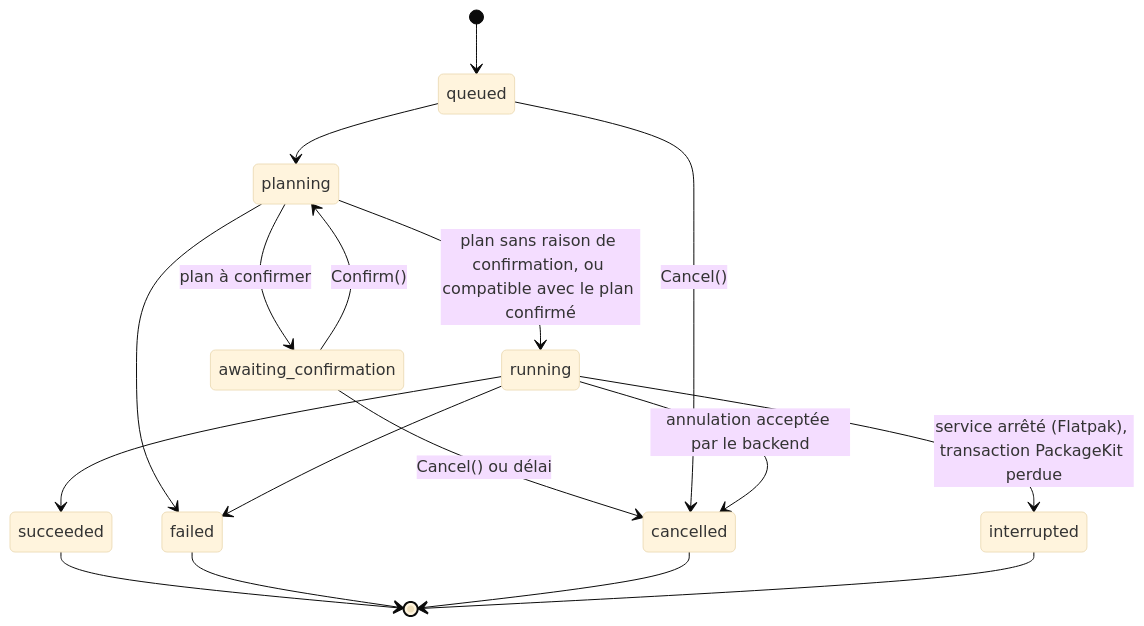
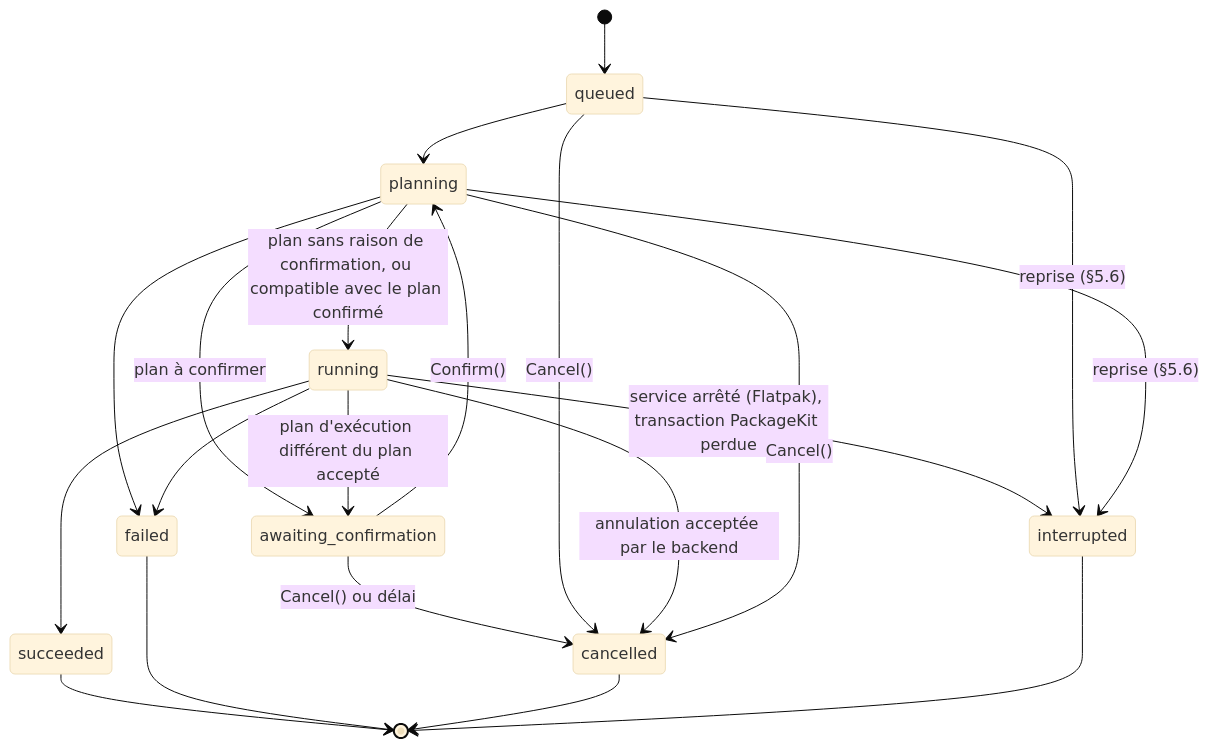
One commit to SachaGrdc/cutefish-store changed the second of 3 diagrams in docs/SERVICE.md. Above: the diagram before and after it, drawn with Mermaid (base theme). The commit also changed other lines of this file and 21 other files, not shown here.

````diff
--- a/docs/SERVICE.md
+++ b/docs/SERVICE.md
@@ -450,19 +450,23 @@
 ```mermaid
 stateDiagram-v2
     [*] --> queued
     queued --> planning
     planning --> awaiting_confirmation: plan à confirmer
     planning --> running: plan sans raison de confirmation, ou compatible avec le plan confirmé
     awaiting_confirmation --> planning: Confirm()
     awaiting_confirmation --> cancelled: Cancel() ou délai
     planning --> failed
     queued --> cancelled: Cancel()
     running --> succeeded
     running --> failed
     running --> cancelled: annulation acceptée par le backend
     running --> interrupted: service arrêté (Flatpak), transaction PackageKit perdue
+    running --> awaiting_confirmation: plan d'exécution différent du plan accepté
+    planning --> cancelled: Cancel()
+    queued --> interrupted: reprise (§5.6)
+    planning --> interrupted: reprise (§5.6)
     succeeded --> [*]
     failed --> [*]
     cancelled --> [*]
     interrupted --> [*]
 ```
````
